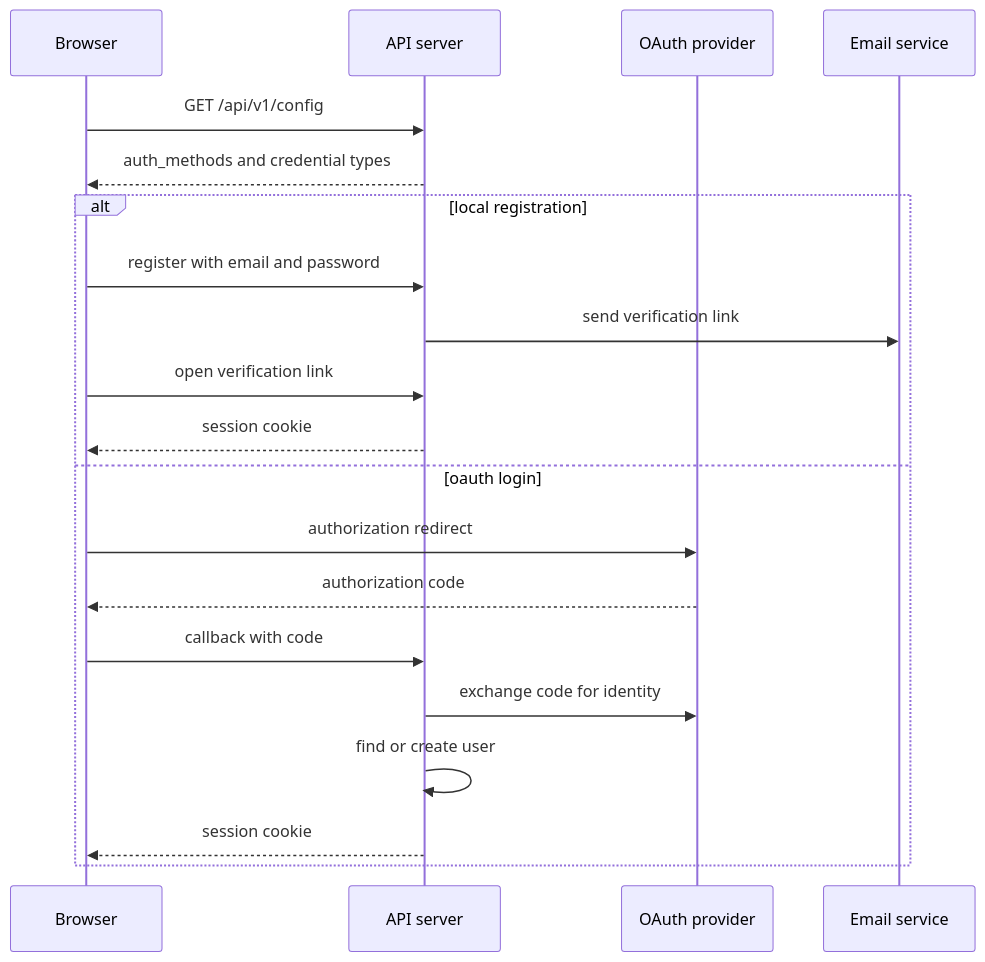
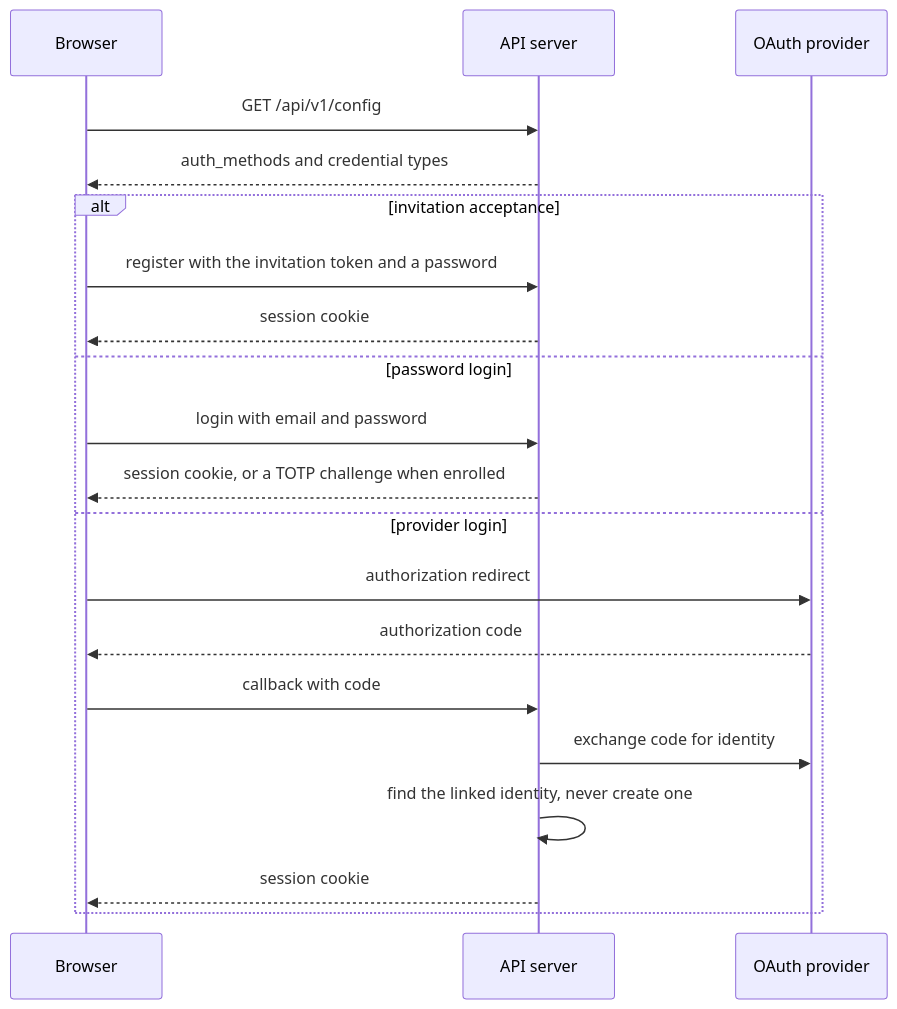
Diagram 12 of 16 in docs/architecture.md (Portocolom-Studio/potocolom), drawn with Mermaid before and after one commit. The commit also changed other lines of this file and 5 other files, not shown here.

````diff
--- a/docs/architecture.md
+++ b/docs/architecture.md
@@ -437,22 +436,22 @@
 ```mermaid
 sequenceDiagram
     participant B as Browser
     participant A as API server
     participant G as OAuth provider
-    participant E as Email service
     B->>A: GET /api/v1/config
     A-->>B: auth_methods and credential types
-    alt local registration
-        B->>A: register with email and password
-        A->>E: send verification link
-        B->>A: open verification link
+    alt invitation acceptance
+        B->>A: register with the invitation token and a password
         A-->>B: session cookie
-    else oauth login
+    else password login
+        B->>A: login with email and password
+        A-->>B: session cookie, or a TOTP challenge when enrolled
+    else provider login
         B->>G: authorization redirect
         G-->>B: authorization code
         B->>A: callback with code
         A->>G: exchange code for identity
-        A->>A: find or create user
+        A->>A: find the linked identity, never create one
         A-->>B: session cookie
     end
 ```
````
